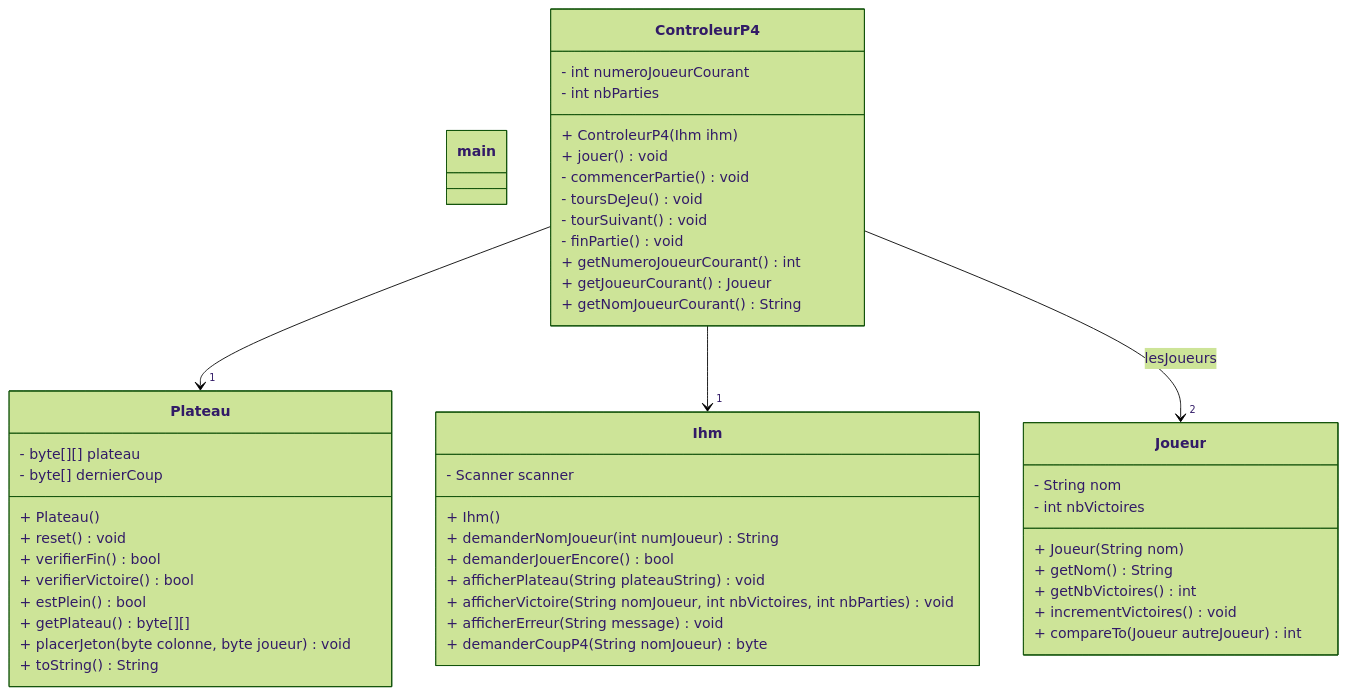
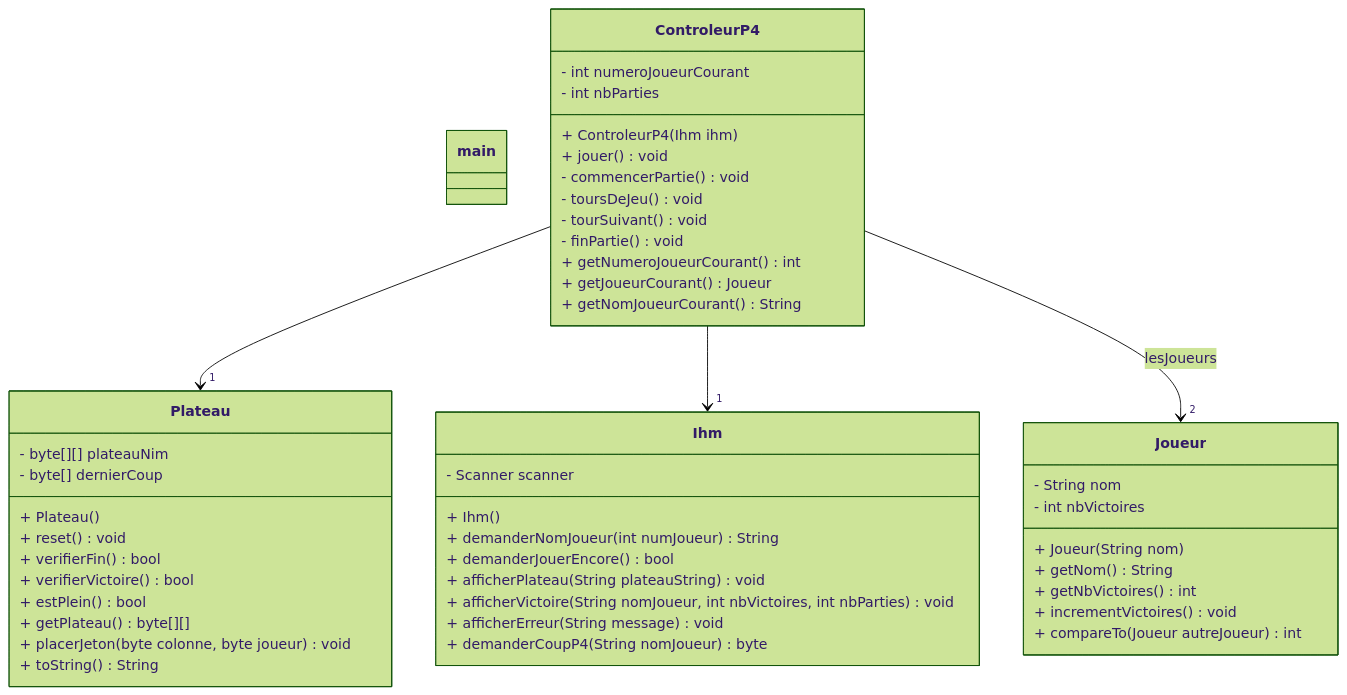
One commit to Kaawan-d20/CDA changed the second of 2 diagrams in Document/Iteration2/Iteration2.md. Above: the diagram before and after it, drawn with Mermaid (forest theme). The commit also changed other lines of this file and 43 other files, not shown here.

````diff
--- a/Document/Iteration2/Iteration2.md
+++ b/Document/Iteration2/Iteration2.md
@@ -70,62 +70,62 @@
 ```mermaid
 classDiagram
     class main {
 
     }
 
     class Ihm {
         - Scanner scanner
 
         + Ihm()
         + demanderNomJoueur(int numJoueur) String
         + demanderJouerEncore() bool
         + afficherPlateau(String plateauString) void
         + afficherVictoire(String nomJoueur, int nbVictoires, int nbParties) void
         + afficherErreur(String message) void
         + demanderCoupP4(String nomJoueur) byte
     }
 
     class ControleurP4 {
         - int numeroJoueurCourant
         - int nbParties
         
         + ControleurP4(Ihm ihm)
         + jouer () void
         - commencerPartie() void
         - toursDeJeu() void
         - tourSuivant() void
         - finPartie() void
         + getNumeroJoueurCourant() int
         + getJoueurCourant() Joueur
         + getNomJoueurCourant() String
     }
 
     class Joueur {
         - String nom
         - int nbVictoires
 
         + Joueur(String nom)
         + getNom() String
         + getNbVictoires() int
         + incrementVictoires() void
         + compareTo(Joueur autreJoueur) int
     }
 
     class Plateau {
-        - byte[][] plateau
+        - byte[][] plateauNim
         - byte[] dernierCoup
                 
         + Plateau ()
         + reset() void
         + verifierFin() bool
         + verifierVictoire() bool
         + estPlein() bool
         + getPlateau() byte[][]
         + placerJeton(byte colonne, byte joueur) void
         + toString() String
     }
 
     ControleurP4 --> "1" Plateau
     ControleurP4 --> "1" Ihm
     ControleurP4 --> "2" Joueur : lesJoueurs
 ```
````
